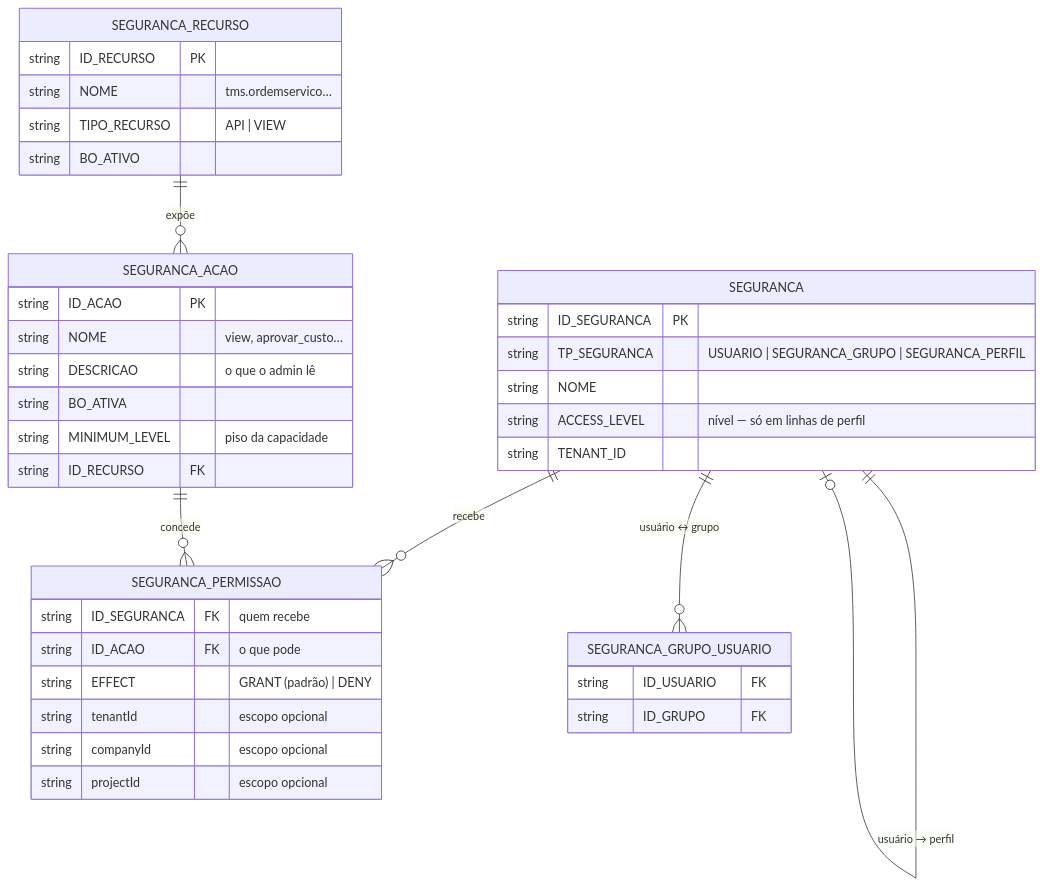
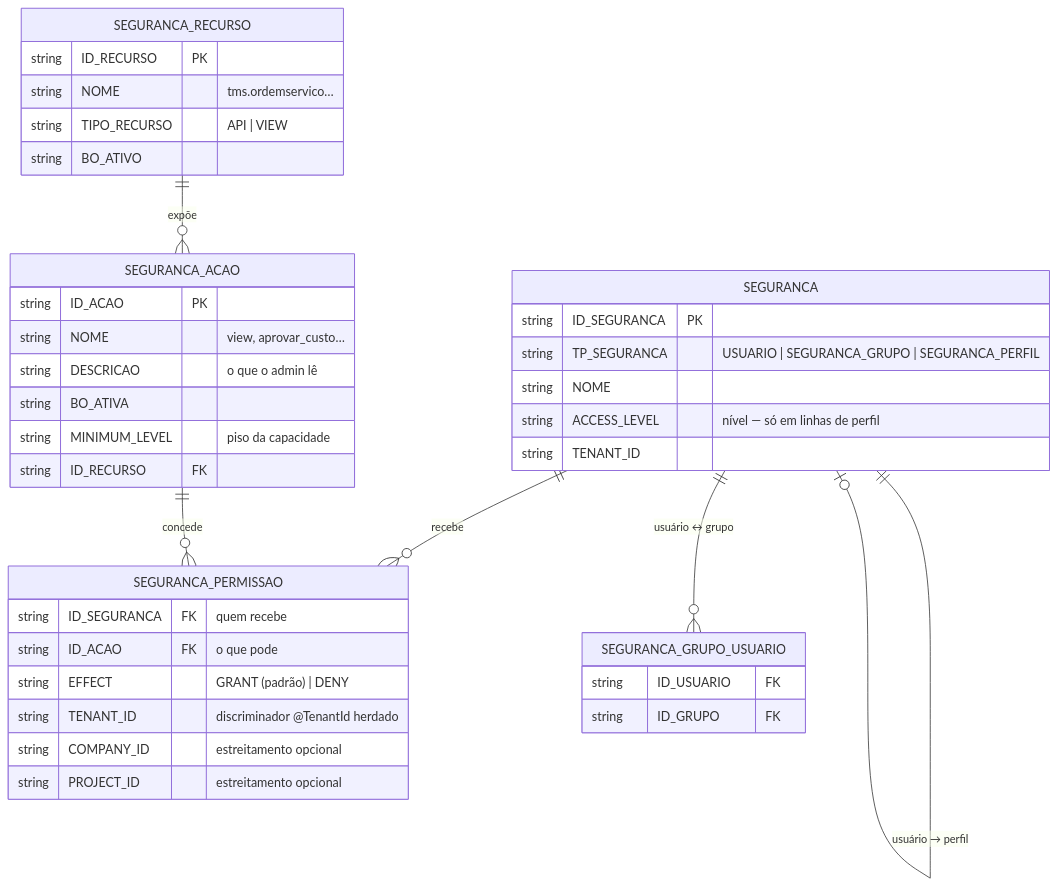
One commit to edsonmartins/archbase-app-framework changed the sixth of 11 diagrams in archbase-security/ARQUITETURA.md. Above: the diagram before and after it, drawn with Mermaid. The commit also changed other lines of this file and 14 other files, not shown here.

````diff
--- a/archbase-security/ARQUITETURA.md
+++ b/archbase-security/ARQUITETURA.md
@@ -511,42 +593,42 @@
 ```mermaid
 erDiagram
     SEGURANCA {
         string ID_SEGURANCA PK
         string TP_SEGURANCA "USUARIO | SEGURANCA_GRUPO | SEGURANCA_PERFIL"
         string NOME
         string ACCESS_LEVEL "nível — só em linhas de perfil"
         string TENANT_ID
     }
     SEGURANCA_PERMISSAO {
         string ID_SEGURANCA FK "quem recebe"
         string ID_ACAO FK "o que pode"
         string EFFECT "GRANT (padrão) | DENY"
-        string tenantId "escopo opcional"
-        string companyId "escopo opcional"
-        string projectId "escopo opcional"
+        string TENANT_ID "discriminador @TenantId herdado"
+        string COMPANY_ID "estreitamento opcional"
+        string PROJECT_ID "estreitamento opcional"
     }
     SEGURANCA_ACAO {
         string ID_ACAO PK
         string NOME "view, aprovar_custo…"
         string DESCRICAO "o que o admin lê"
         string BO_ATIVA
         string MINIMUM_LEVEL "piso da capacidade"
         string ID_RECURSO FK
     }
     SEGURANCA_RECURSO {
         string ID_RECURSO PK
         string NOME "tms.ordemservico…"
         string TIPO_RECURSO "API | VIEW"
         string BO_ATIVO
     }
     SEGURANCA_GRUPO_USUARIO {
         string ID_USUARIO FK
         string ID_GRUPO FK
     }
 
     SEGURANCA ||--o{ SEGURANCA_PERMISSAO : "recebe"
     SEGURANCA_ACAO ||--o{ SEGURANCA_PERMISSAO : "concede"
     SEGURANCA_RECURSO ||--o{ SEGURANCA_ACAO : "expõe"
     SEGURANCA ||--o{ SEGURANCA_GRUPO_USUARIO : "usuário ↔ grupo"
     SEGURANCA ||--o| SEGURANCA : "usuário → perfil"
 ```
````
